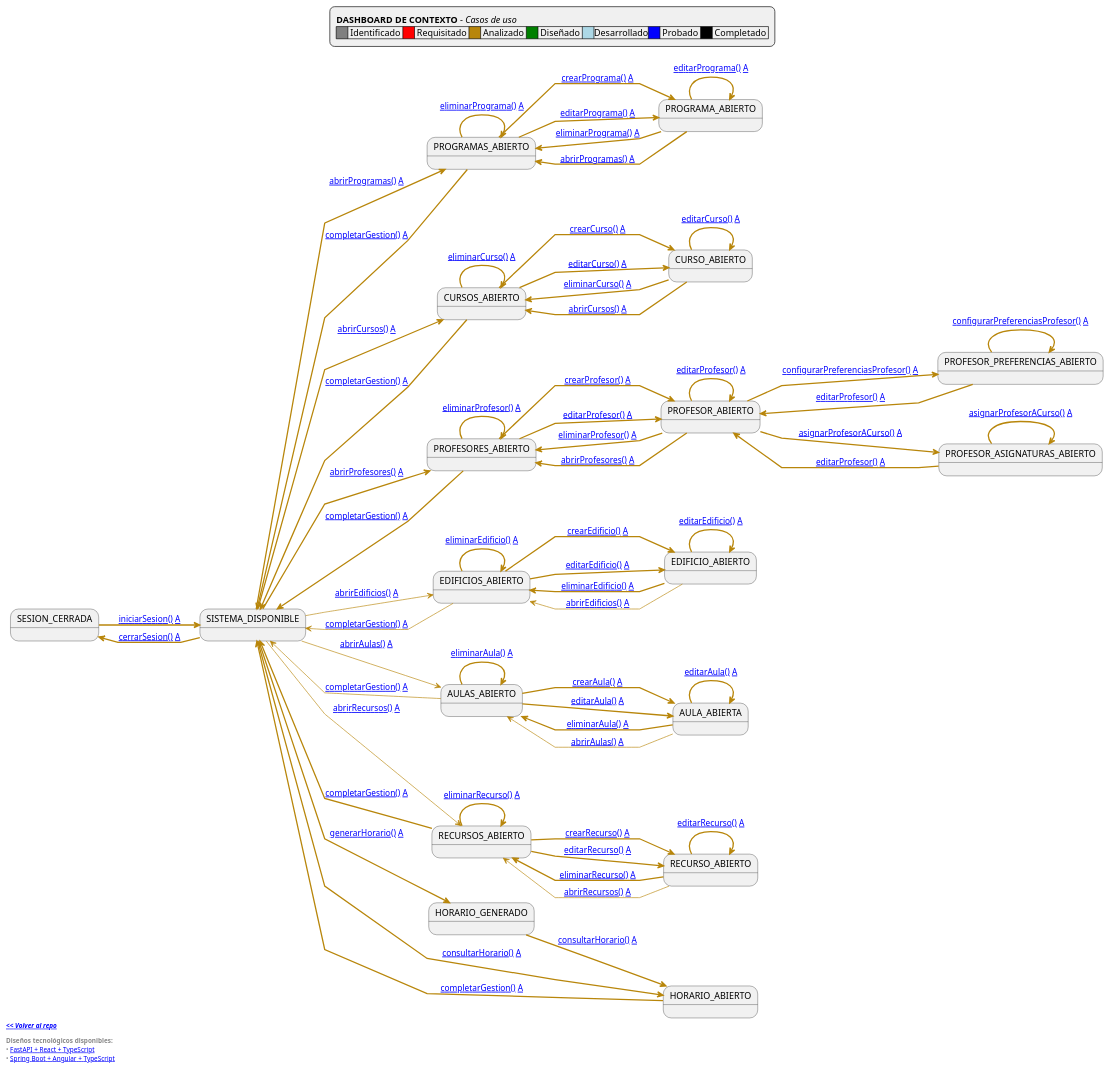
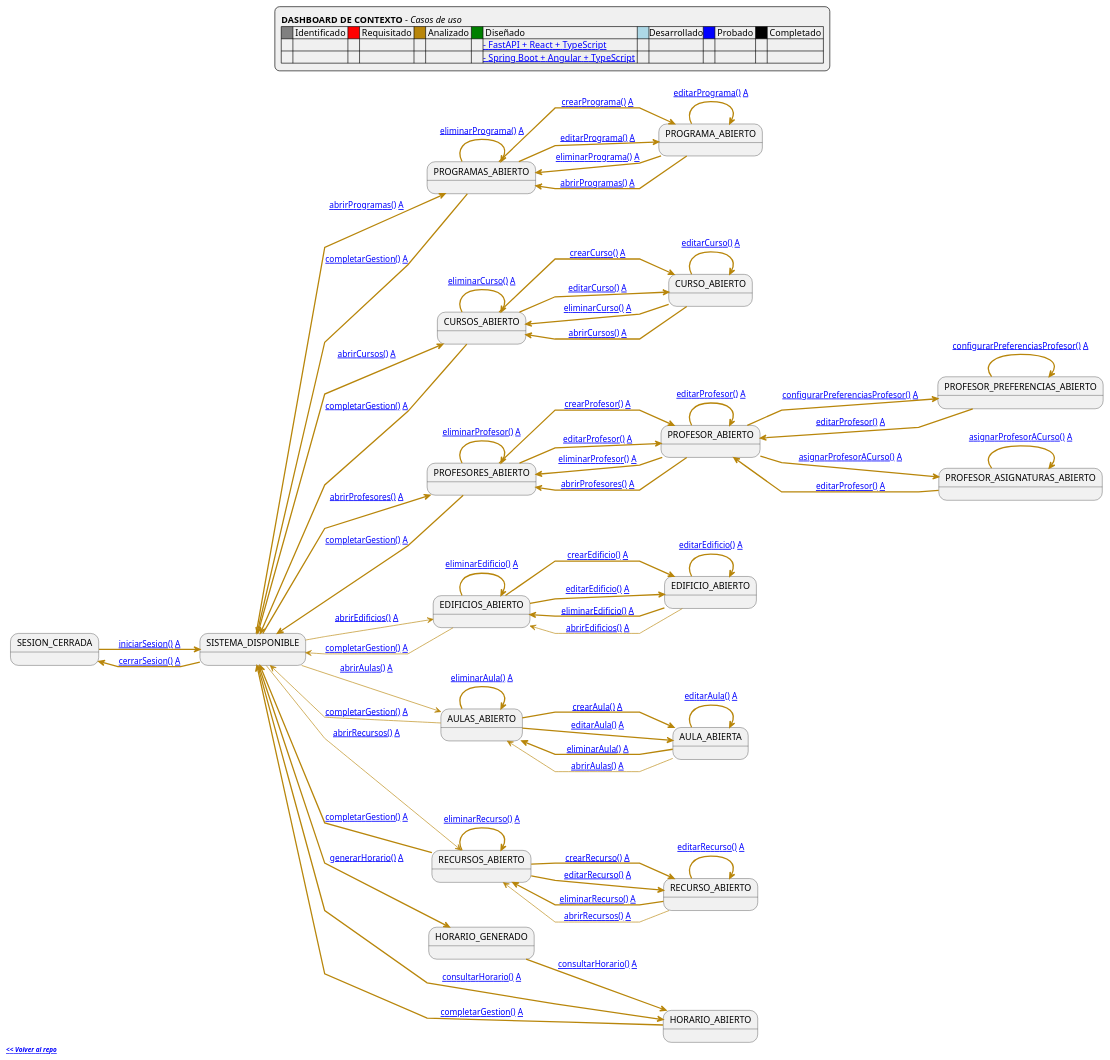
The diagram in RUP/99-seguimiento/diagrama-contexto-administrador.puml (mmasias/pySigHor), drawn with PlantUML before and after one commit. The commit also changed 1 other file, not shown here.

```diff
--- a/RUP/99-seguimiento/diagrama-contexto-administrador.puml
+++ b/RUP/99-seguimiento/diagrama-contexto-administrador.puml
@@ -19,6 +19,8 @@
     **DASHBOARD DE CONTEXTO** - <i>Casos de uso</i>
     '====
     |<#gray>     | Identificado |<#red>     | Requisitado |<#darkgoldenrod>     | Analizado |<#green>     | Diseñado |<#lightblue>     |Desarrollado|<#blue>     | Probado |<#black>     | Completado |
+    | | | | | | | |[[https://raw.githubusercontent.com/mmasias/pySigHor/diseño-fastapi-react/images/RUP/99-seguimiento/diagrama-contexto-administrador.svg - FastAPI + React + TypeScript]] |
+    | | | | | | | |[[https://raw.githubusercontent.com/mmasias/pySigHor/diseño-spring-angular/images/RUP/99-seguimiento/diagrama-contexto-administrador.svg - Spring Boot + Angular + TypeScript]] |
     '====
     '[**nombreCasoUso()**] -> Especificación detallada / [**A**] -> Análisis MVC / [**D**] -> Diseño (disponible en ramas específicas)
     '====
@@ -26,10 +28,6 @@
 
 footer
 **<i>[[https://github.com/mmasias/pySigHor << Volver al repo]]</i>**
-----
-**Diseños tecnológicos disponibles:**
-• [[https://raw.githubusercontent.com/mmasias/pySigHor/diseño-fastapi-react/images/RUP/99-seguimiento/diagrama-contexto-administrador.svg FastAPI + React + TypeScript]]
-• [[https://raw.githubusercontent.com/mmasias/pySigHor/diseño-spring-angular/images/RUP/99-seguimiento/diagrama-contexto-administrador.svg Spring Boot + Angular + TypeScript]]
 end footer
 
 state "SESION_CERRADA" as NoAuth
```
